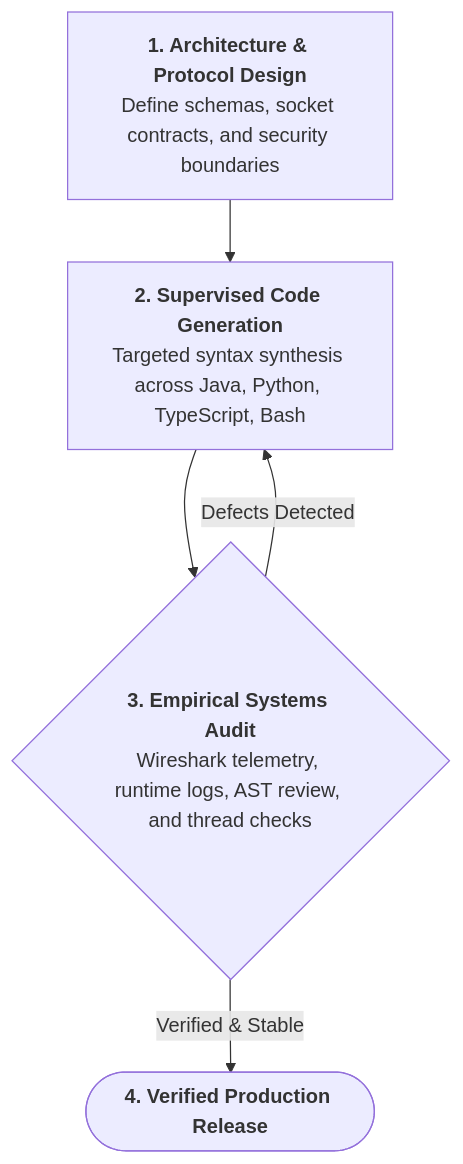
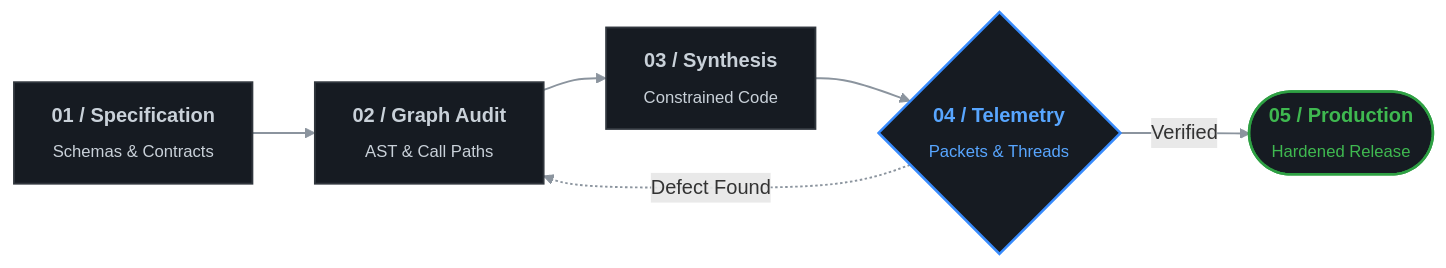
One commit to powsyjowlsy/powsyjowlsy changed the diagram in README.md. Above: the diagram before and after it, drawn with Mermaid. The commit also changed other lines of this file, not shown here.

First line of the commit message:
Upgrade workflow to horizontal Mermaid pipeline and showcase project features

````diff
--- a/README.md
+++ b/README.md
@@ -32,7 +26,17 @@
 ```mermaid
-flowchart TD
-    A["<b>1. Architecture & Protocol Design</b><br/>Define schemas, socket contracts, and security boundaries"] --> B["<b>2. Supervised Code Generation</b><br/>Targeted syntax synthesis across Java, Python, TypeScript, Bash"]
-    B --> C{"<b>3. Empirical Systems Audit</b><br/>Wireshark telemetry, runtime logs, AST review, and thread checks"}
-    C -- "Defects Detected" --> B
-    C -- "Verified & Stable" --> D(["<b>4. Verified Production Release</b>"])
+flowchart LR
+    A["<b>01 / Specification</b><br/><sub>Schemas & Contracts</sub>"]
+    --> B["<b>02 / Graph Audit</b><br/><sub>AST & Call Paths</sub>"]
+    --> C["<b>03 / Synthesis</b><br/><sub>Constrained Code</sub>"]
+    --> D{"<b>04 / Telemetry</b><br/><sub>Packets & Threads</sub>"}
+    
+    D -- "Verified" --> E(["<b>05 / Production</b><br/><sub>Hardened Release</sub>"])
+    D -. "Defect Found" .-> B
+
+    style A fill:#161b22,stroke:#30363d,stroke-width:1.5px,color:#c9d1d9
+    style B fill:#161b22,stroke:#30363d,stroke-width:1.5px,color:#c9d1d9
+    style C fill:#161b22,stroke:#30363d,stroke-width:1.5px,color:#c9d1d9
+    style D fill:#161b22,stroke:#388bfd,stroke-width:2px,color:#58a6ff
+    style E fill:#161b22,stroke:#2ea043,stroke-width:2px,color:#3fb950
+    linkStyle default stroke:#8b949e,stroke-width:1.5px
 ```
````
